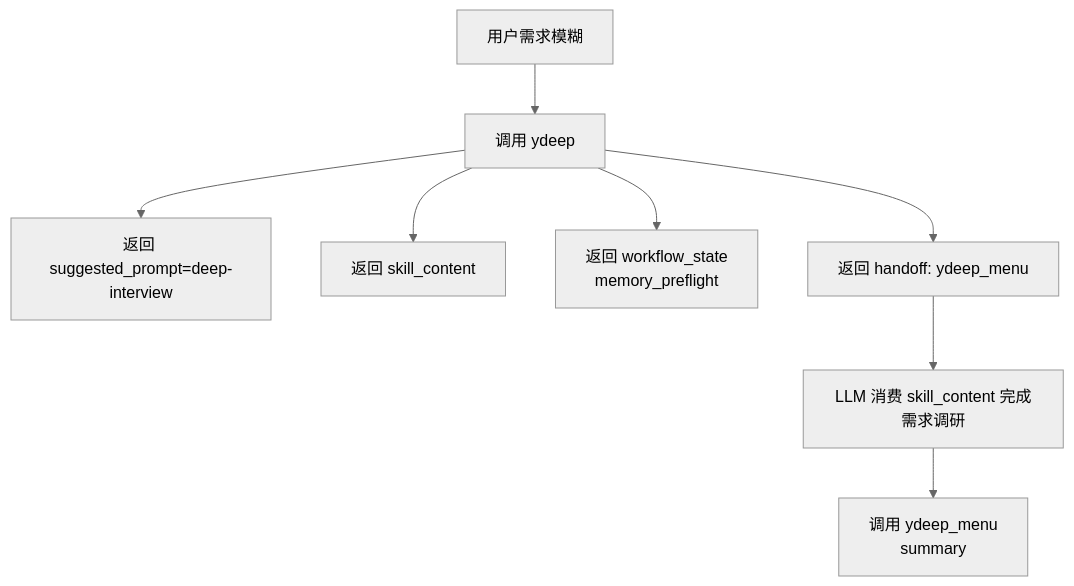
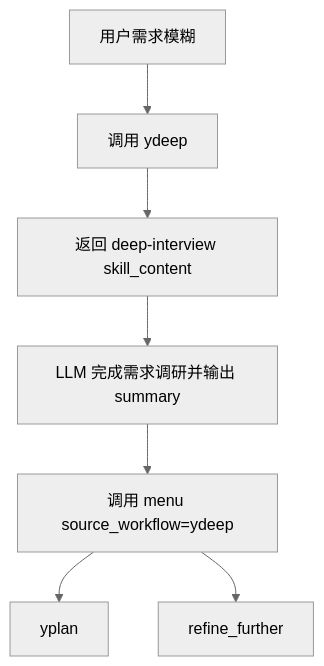
One commit to CodeyLife/Ymcp changed the first of 3 diagrams in docs/current-workflow-flowcharts.md. Above: the diagram before and after it, drawn with Mermaid (neutral theme). The commit also changed other lines of this file and 27 other files, not shown here.

````diff
--- a/docs/current-workflow-flowcharts.md
+++ b/docs/current-workflow-flowcharts.md
@@ -14,10 +10,9 @@
 ```mermaid
 flowchart TD
     A[用户需求模糊] --> B[调用 ydeep]
-    B --> C[返回 suggested_prompt=deep-interview]
-    B --> D[返回 skill_content]
-    B --> E[返回 workflow_state<br/>memory_preflight]
-    B --> F[返回 handoff: ydeep_menu]
-    F --> G[LLM 消费 skill_content 完成需求调研]
-    G --> H[调用 ydeep_menu<br/>summary]
+    B --> C[返回 deep-interview skill_content]
+    C --> D[LLM 完成需求调研并输出 summary]
+    D --> E[调用 menu source_workflow=ydeep]
+    E --> F[yplan]
+    E --> G[refine_further]
 ```
````
